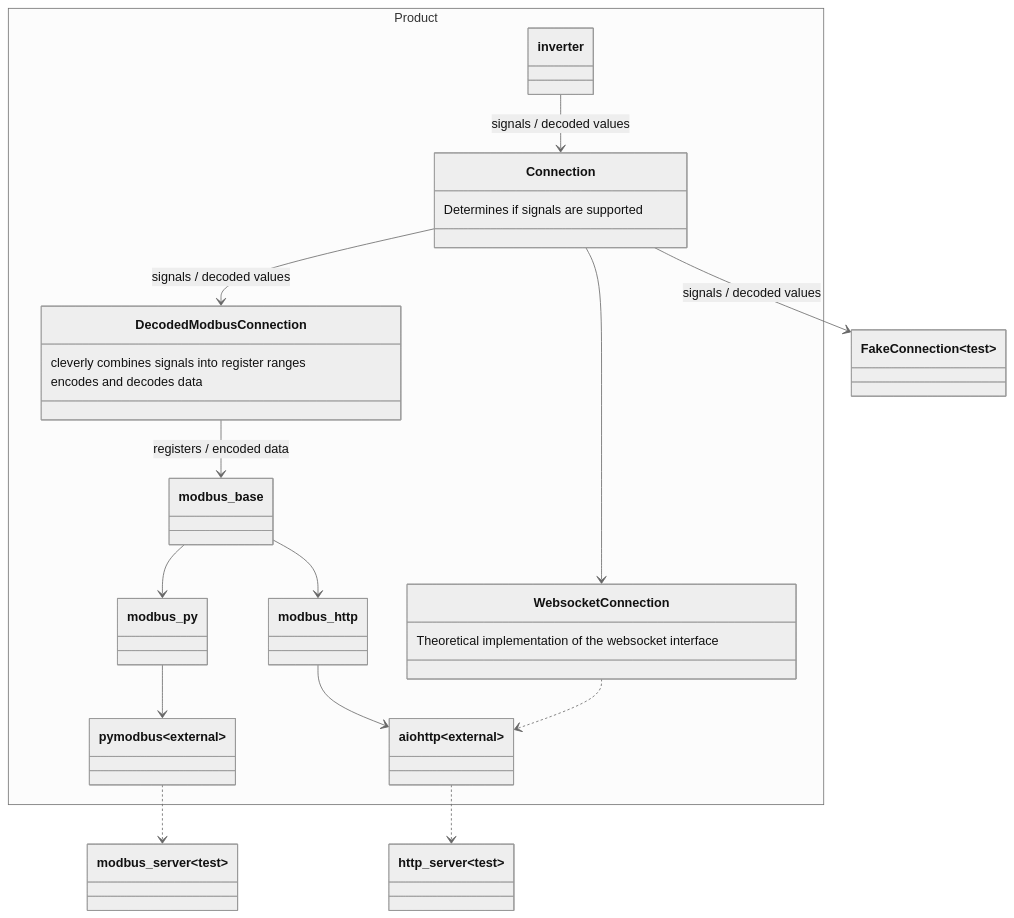
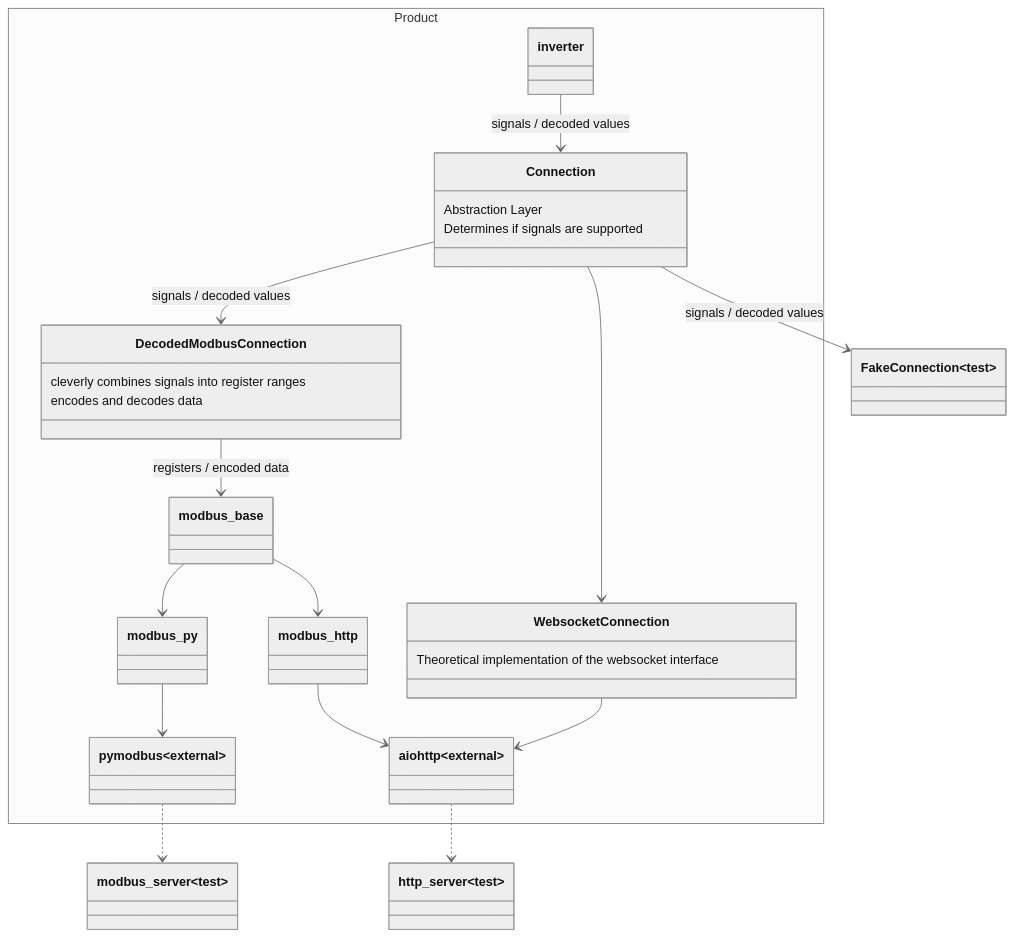
The diagram in tests/README.md (AlexanderLanin/homeassistant-sungrow), drawn with Mermaid (neutral theme) before and after one commit. The commit also changed 3 other files, not shown here.

````diff
--- a/tests/README.md
+++ b/tests/README.md
@@ -19,41 +19,42 @@
 ```mermaid
 classDiagram
     namespace Product {
         class inverter
         class Connection {
+            Abstraction Layer
             Determines if signals are supported
         }
         class DecodedModbusConnection {
             cleverly combines signals into register ranges
             encodes and decodes data
         }
         class WebsocketConnection {
             Theoretical implementation of the websocket interface
         }
         class modbus_base
         class modbus_py
         class modbus_http
         class aiohttp~external~
         class pymodbus~external~
     }
     class FakeConnection~test~
 
     inverter --> Connection : signals / decoded values
 
     Connection --> DecodedModbusConnection : signals / decoded values
     Connection --> FakeConnection : signals / decoded values
 
     Connection --> WebsocketConnection
-    WebsocketConnection ..> aiohttp
+    WebsocketConnection --> aiohttp
 
     DecodedModbusConnection --> modbus_base : registers / encoded data
 
     modbus_base --> modbus_py
     modbus_base --> modbus_http
 
     modbus_http --> aiohttp
     aiohttp ..> http_server~test~
 
     modbus_py --> pymodbus
     pymodbus ..> modbus_server~test~
 ```
````
